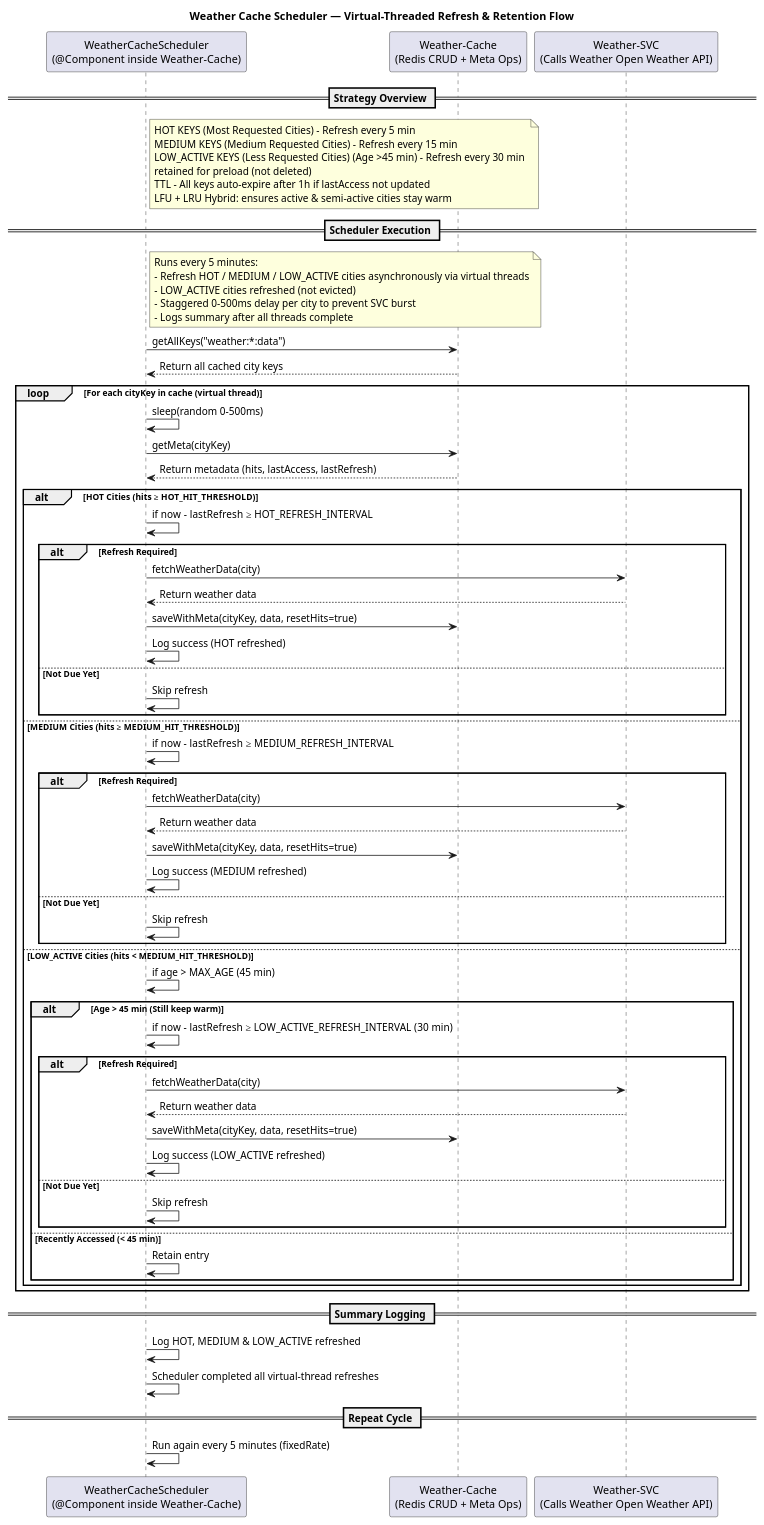
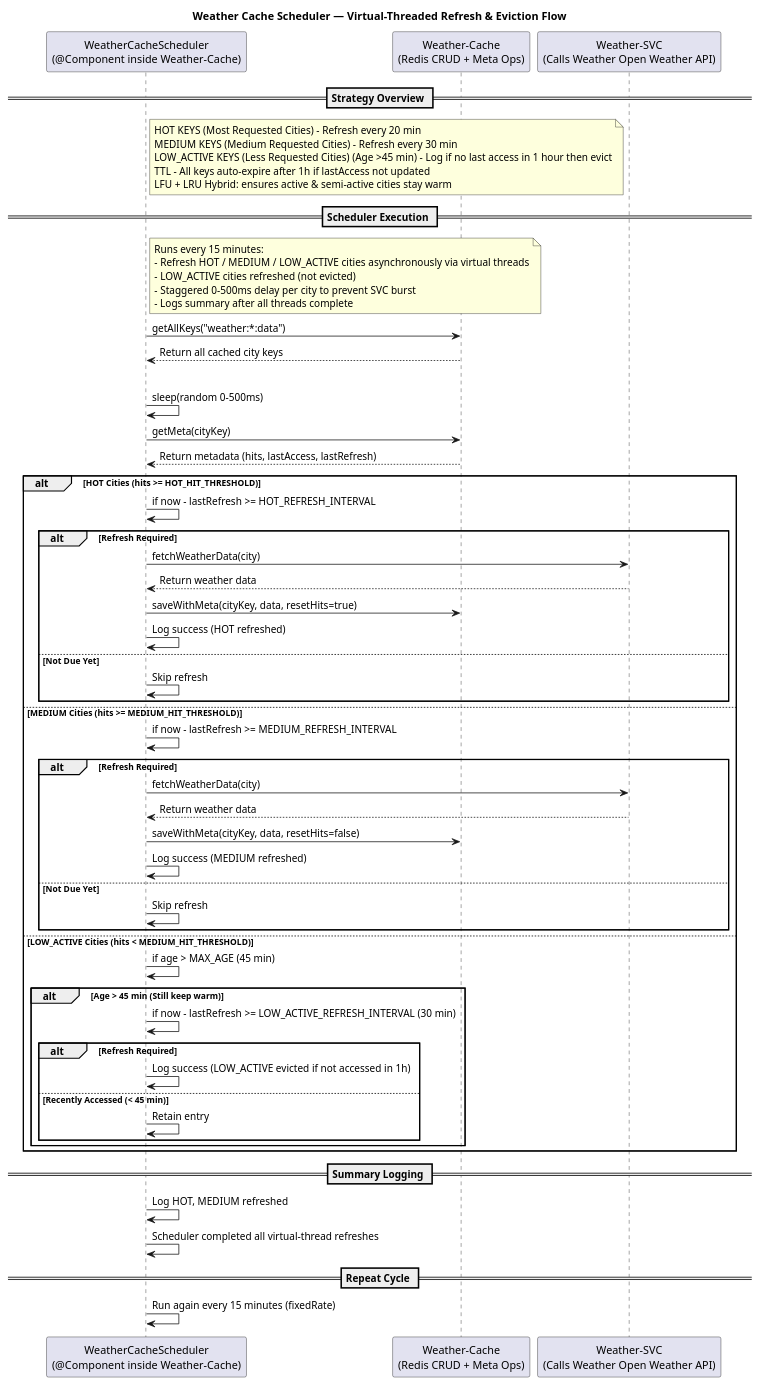
The diagram in SequnceSchedularDig.puml (shivamnamdeo0101/weather-app), drawn with PlantUML before and after one commit.

Commit message:
schedular dig updated

```diff
--- a/SequnceSchedularDig.puml
+++ b/SequnceSchedularDig.puml
@@ -1,85 +1,78 @@
 @startuml
-title Weather Cache Scheduler — Virtual-Threaded Refresh & Retention Flow
+title Weather Cache Scheduler — Virtual-Threaded Refresh & Eviction Flow
 
 participant "WeatherCacheScheduler\n(@Component inside Weather-Cache)" as scheduler
 participant "Weather-Cache\n(Redis CRUD + Meta Ops)" as redis
 participant "Weather-SVC\n(Calls Weather Open Weather API)" as svc
 
 == Strategy Overview ==
 note right of scheduler
-HOT KEYS (Most Requested Cities) - Refresh every 5 min
-MEDIUM KEYS (Medium Requested Cities) - Refresh every 15 min
-LOW_ACTIVE KEYS (Less Requested Cities) (Age >45 min) - Refresh every 30 min 
-retained for preload (not deleted)
+HOT KEYS (Most Requested Cities) - Refresh every 20 min
+MEDIUM KEYS (Medium Requested Cities) - Refresh every 30 min
+LOW_ACTIVE KEYS (Less Requested Cities) (Age >45 min) - Log if no last access in 1 hour then evict
 TTL - All keys auto-expire after 1h if lastAccess not updated
 LFU + LRU Hybrid: ensures active & semi-active cities stay warm
 end note
 
 == Scheduler Execution ==
 note right of scheduler
-Runs every 5 minutes:
+Runs every 15 minutes:
 - Refresh HOT / MEDIUM / LOW_ACTIVE cities asynchronously via virtual threads
 - LOW_ACTIVE cities refreshed (not evicted)
 - Staggered 0–500ms delay per city to prevent SVC burst
 - Logs summary after all threads complete
 end note
 
 scheduler -> redis: getAllKeys("weather:*:data")
 redis --> scheduler: Return all cached city keys
 
 loop For each cityKey in cache (virtual thread)
     scheduler -> scheduler: sleep(random 0–500ms)
 
     scheduler -> redis: getMeta(cityKey)
     redis --> scheduler: Return metadata (hits, lastAccess, lastRefresh)
 
-    alt HOT Cities (hits ≥ HOT_HIT_THRESHOLD)
-        scheduler -> scheduler: if now - lastRefresh ≥ HOT_REFRESH_INTERVAL
+    alt HOT Cities (hits >= HOT_HIT_THRESHOLD)
+        scheduler -> scheduler: if now - lastRefresh >= HOT_REFRESH_INTERVAL
         alt Refresh Required
             scheduler -> svc: fetchWeatherData(city)
             svc --> scheduler: Return weather data
             scheduler -> redis: saveWithMeta(cityKey, data, resetHits=true)
             scheduler -> scheduler: Log success (HOT refreshed)
         else Not Due Yet
             scheduler -> scheduler: Skip refresh
         end
 
-    else MEDIUM Cities (hits ≥ MEDIUM_HIT_THRESHOLD)
-        scheduler -> scheduler: if now - lastRefresh ≥ MEDIUM_REFRESH_INTERVAL
+    else MEDIUM Cities (hits >= MEDIUM_HIT_THRESHOLD)
+        scheduler -> scheduler: if now - lastRefresh >= MEDIUM_REFRESH_INTERVAL
         alt Refresh Required
             scheduler -> svc: fetchWeatherData(city)
             svc --> scheduler: Return weather data
-            scheduler -> redis: saveWithMeta(cityKey, data, resetHits=true)
+            scheduler -> redis: saveWithMeta(cityKey, data, resetHits=false)
             scheduler -> scheduler: Log success (MEDIUM refreshed)
         else Not Due Yet
             scheduler -> scheduler: Skip refresh
         end
 
     else LOW_ACTIVE Cities (hits < MEDIUM_HIT_THRESHOLD)
         scheduler -> scheduler: if age > MAX_AGE (45 min)
         alt Age > 45 min (Still keep warm)
-            scheduler -> scheduler: if now - lastRefresh ≥ LOW_ACTIVE_REFRESH_INTERVAL (30 min)
+            scheduler -> scheduler: if now - lastRefresh >= LOW_ACTIVE_REFRESH_INTERVAL (30 min)
             alt Refresh Required
-                scheduler -> svc: fetchWeatherData(city)
-                svc --> scheduler: Return weather data
-                scheduler -> redis: saveWithMeta(cityKey, data, resetHits=true)
-                scheduler -> scheduler: Log success (LOW_ACTIVE refreshed)
-            else Not Due Yet
-                scheduler -> scheduler: Skip refresh
-            end
+                  scheduler -> scheduler: Log success (LOW_ACTIVE evicted if not accessed in 1h)
         else Recently Accessed (< 45 min)
             scheduler -> scheduler: Retain entry
         end
     end
 end
 
 == Summary Logging ==
-scheduler -> scheduler: Log HOT, MEDIUM & LOW_ACTIVE refreshed
+scheduler -> scheduler: Log HOT, MEDIUM refreshed
 scheduler -> scheduler: Scheduler completed all virtual-thread refreshes
 
 == Repeat Cycle ==
-scheduler -> scheduler: Run again every 5 minutes (fixedRate)
+scheduler -> scheduler: Run again every 15 minutes (fixedRate)
 
 
 
 @enduml
```
